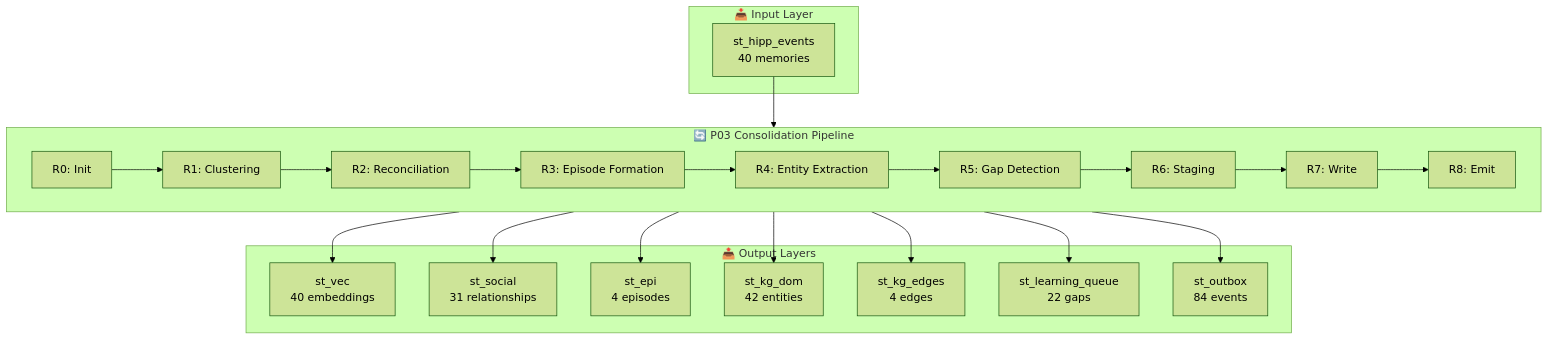
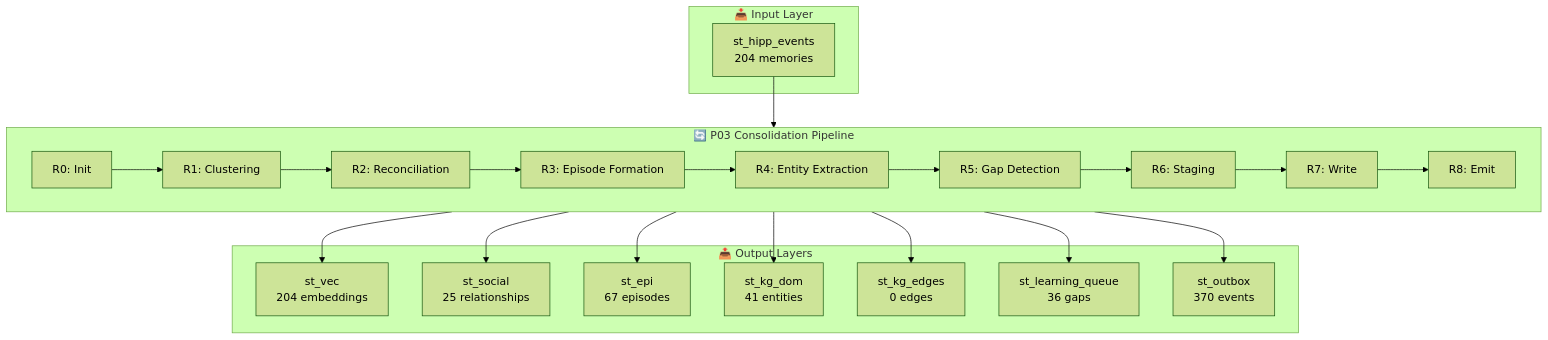
The diagram in data/memory_layers_report.md (Pkansagra-hub/family-os), drawn with Mermaid (forest theme) before and after one commit. The commit also changed other lines of this file and 100 other files, not shown here.

````diff
--- a/data/memory_layers_report.md
+++ b/data/memory_layers_report.md
@@ -249,36 +295,36 @@
 ```mermaid
 flowchart TD
     subgraph INPUT["📥 Input Layer"]
-        HIPP["st_hipp_events<br/>40 memories"]
+        HIPP["st_hipp_events<br/>204 memories"]
     end
 
     subgraph P03["🔄 P03 Consolidation Pipeline"]
         R0[R0: Init] --> R1[R1: Clustering]
         R1 --> R2[R2: Reconciliation]
         R2 --> R3[R3: Episode Formation]
         R3 --> R4[R4: Entity Extraction]
         R4 --> R5[R5: Gap Detection]
         R5 --> R6[R6: Staging]
         R6 --> R7[R7: Write]
         R7 --> R8[R8: Emit]
     end
 
     subgraph OUTPUT["📤 Output Layers"]
-        VEC["st_vec<br/>40 embeddings"]
-        SOCIAL["st_social<br/>31 relationships"]
-        EPI["st_epi<br/>4 episodes"]
-        KG_DOM["st_kg_dom<br/>42 entities"]
-        KG_EDGE["st_kg_edges<br/>4 edges"]
-        LEARN["st_learning_queue<br/>22 gaps"]
-        OUTBOX["st_outbox<br/>84 events"]
+        VEC["st_vec<br/>204 embeddings"]
+        SOCIAL["st_social<br/>25 relationships"]
+        EPI["st_epi<br/>67 episodes"]
+        KG_DOM["st_kg_dom<br/>41 entities"]
+        KG_EDGE["st_kg_edges<br/>0 edges"]
+        LEARN["st_learning_queue<br/>36 gaps"]
+        OUTBOX["st_outbox<br/>370 events"]
     end
 
     HIPP --> P03
     P03 --> VEC
     P03 --> SOCIAL
     P03 --> EPI
     P03 --> KG_DOM
     P03 --> KG_EDGE
     P03 --> LEARN
     P03 --> OUTBOX
 ```
````
